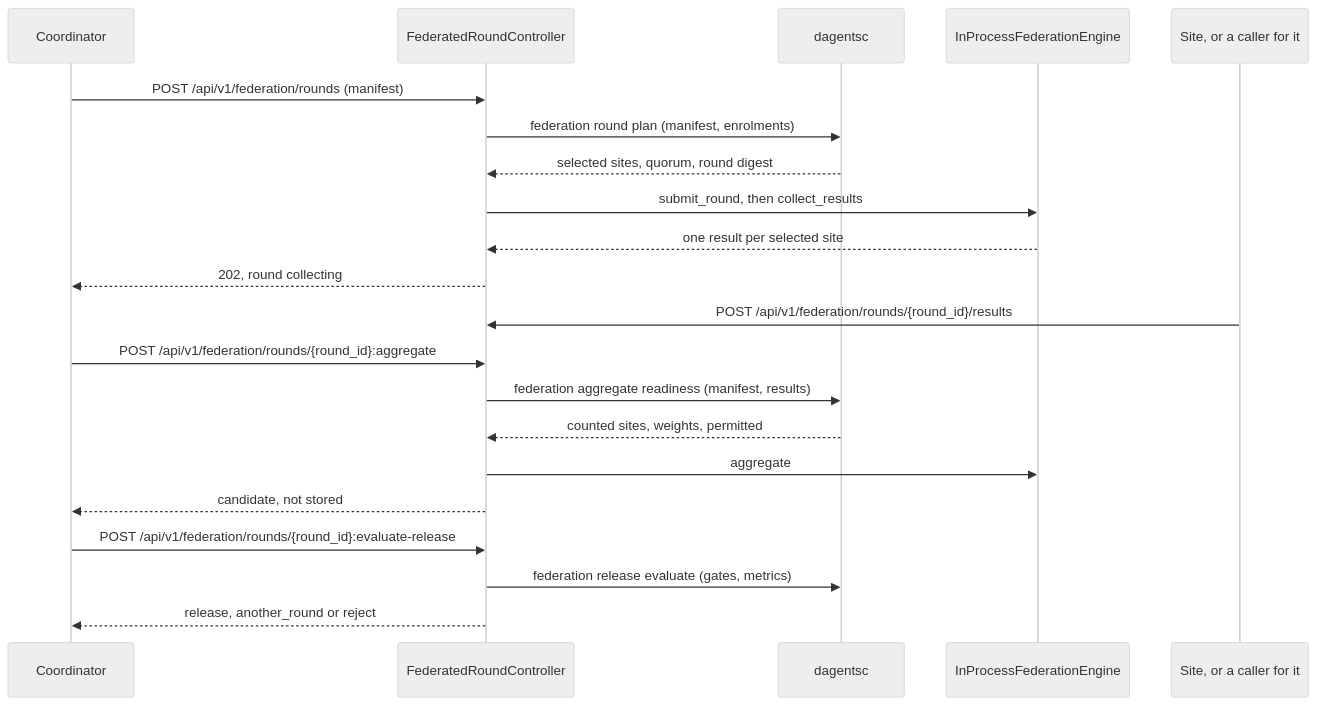
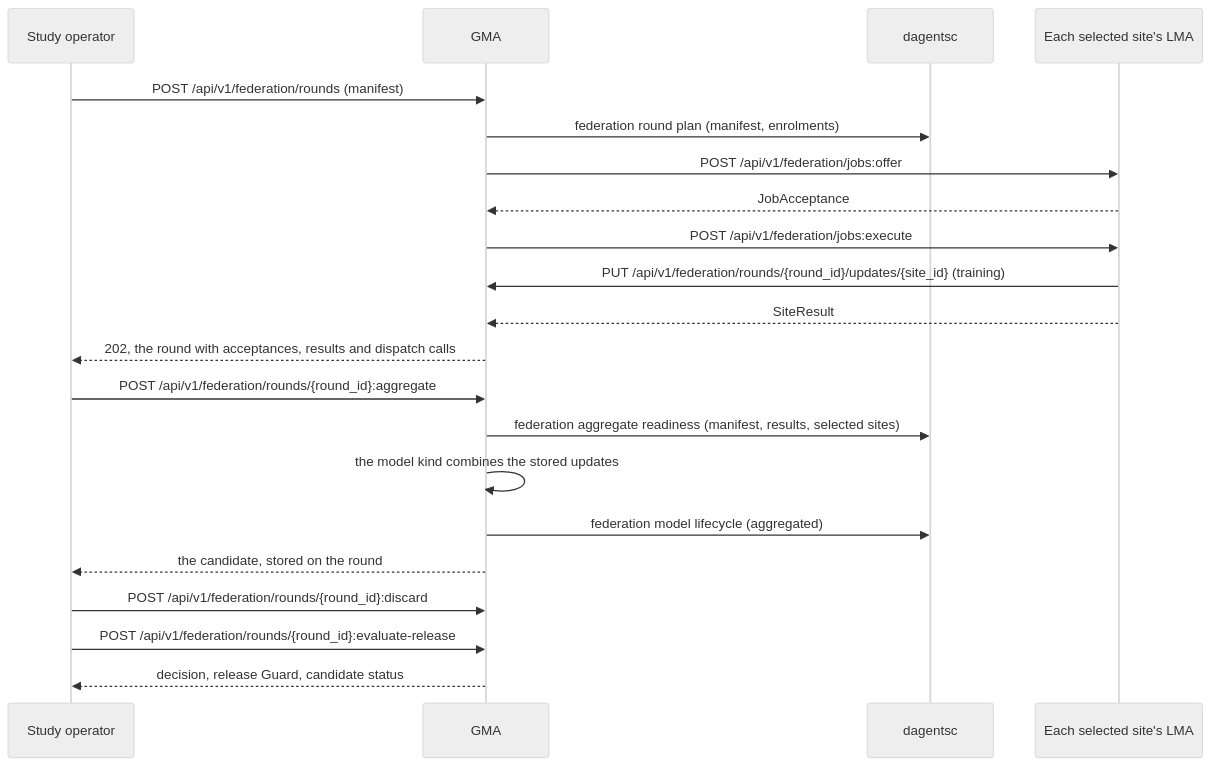
Before and after one commit to pradyunuydarp/Dagents: diagram 11 of 12 in docs/reference/api/agents.md, drawn with Mermaid (neutral theme). The commit also changed other lines of this file and 129 other files, not shown here.

First line of the commit message:
Give the LMA a site mode and let the GMA run rounds over HTTP

````diff
--- a/docs/reference/api/agents.md
+++ b/docs/reference/api/agents.md
@@ -1759,23 +2582,23 @@
 ```mermaid
 sequenceDiagram
-    participant Coordinator
-    participant Controller as FederatedRoundController
+    participant Operator as Study operator
+    participant GMA
     participant Planner as dagentsc
-    participant Engine as InProcessFederationEngine
-    participant Site as Site, or a caller for it
-    Coordinator->>Controller: POST /api/v1/federation/rounds (manifest)
-    Controller->>Planner: federation round plan (manifest, enrolments)
-    Planner-->>Controller: selected sites, quorum, round digest
-    Controller->>Engine: submit_round, then collect_results
-    Engine-->>Controller: one result per selected site
-    Controller-->>Coordinator: 202, round collecting
-    Site->>Controller: POST /api/v1/federation/rounds/{round_id}/results
-    Coordinator->>Controller: POST /api/v1/federation/rounds/{round_id}:aggregate
-    Controller->>Planner: federation aggregate readiness (manifest, results)
-    Planner-->>Controller: counted sites, weights, permitted
-    Controller->>Engine: aggregate
-    Controller-->>Coordinator: candidate, not stored
-    Coordinator->>Controller: POST /api/v1/federation/rounds/{round_id}:evaluate-release
-    Controller->>Planner: federation release evaluate (gates, metrics)
-    Controller-->>Coordinator: release, another_round or reject
+    participant LMA as Each selected site's LMA
+    Operator->>GMA: POST /api/v1/federation/rounds (manifest)
+    GMA->>Planner: federation round plan (manifest, enrolments)
+    GMA->>LMA: POST /api/v1/federation/jobs:offer
+    LMA-->>GMA: JobAcceptance
+    GMA->>LMA: POST /api/v1/federation/jobs:execute
+    LMA->>GMA: PUT /api/v1/federation/rounds/{round_id}/updates/{site_id} (training)
+    LMA-->>GMA: SiteResult
+    GMA-->>Operator: 202, the round with acceptances, results and dispatch calls
+    Operator->>GMA: POST /api/v1/federation/rounds/{round_id}:aggregate
+    GMA->>Planner: federation aggregate readiness (manifest, results, selected sites)
+    GMA->>GMA: the model kind combines the stored updates
+    GMA->>Planner: federation model lifecycle (aggregated)
+    GMA-->>Operator: the candidate, stored on the round
+    Operator->>GMA: POST /api/v1/federation/rounds/{round_id}:discard
+    Operator->>GMA: POST /api/v1/federation/rounds/{round_id}:evaluate-release
+    GMA-->>Operator: decision, release Guard, candidate status
 ```
````
